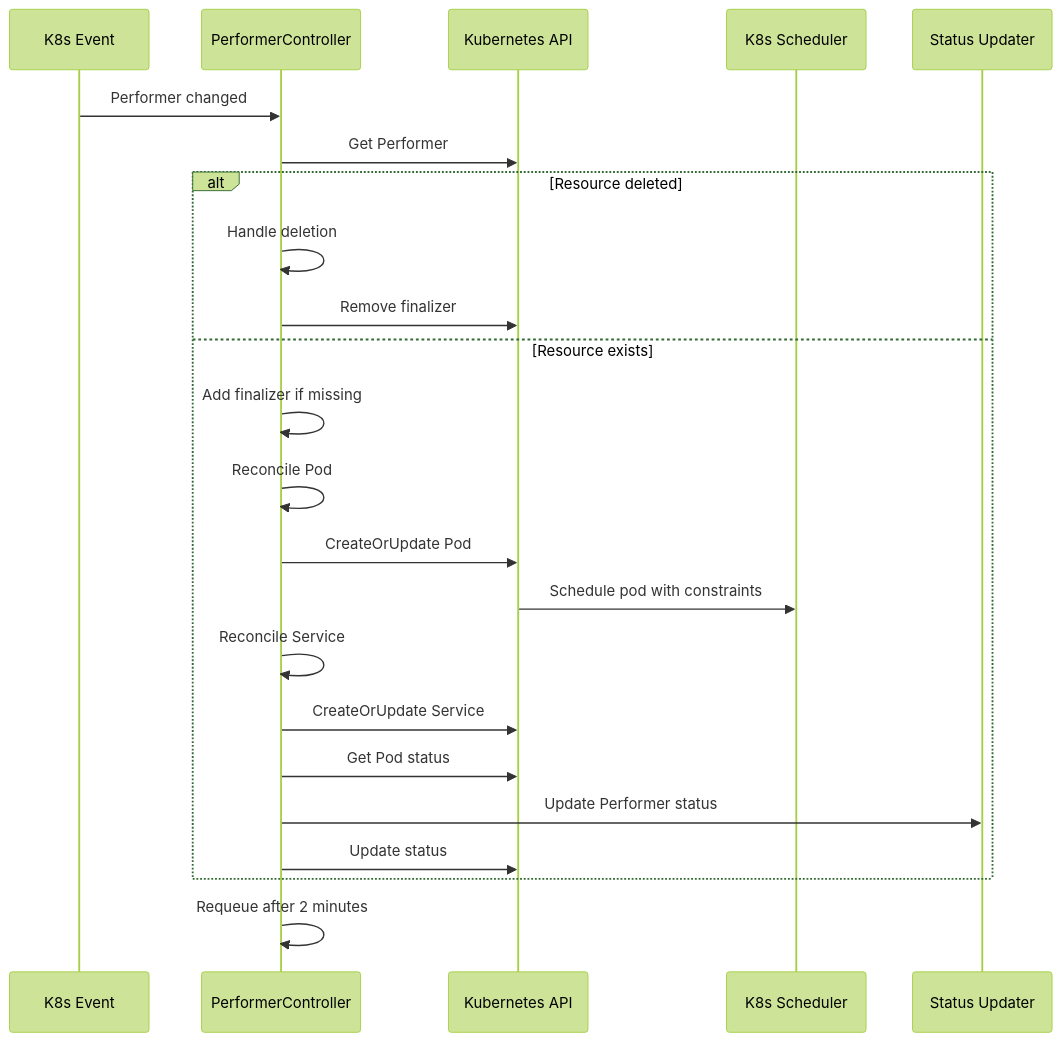
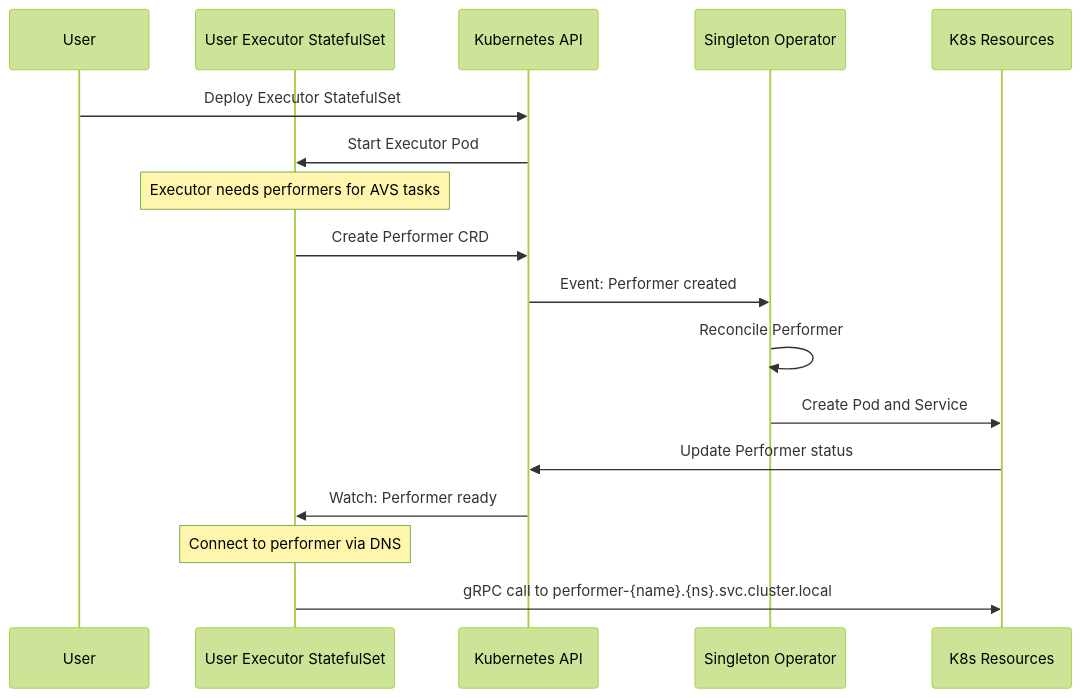
One commit to Layr-Labs/hourglass-monorepo changed the fourth of 4 diagrams in hourglass-operator/docs/operator/controller-architecture.md. Above: the diagram before and after it, drawn with Mermaid (forest theme). The commit also changed other lines of this file and 4 other files, not shown here.

Commit message:
refactored and updated architecture

````diff
--- a/hourglass-operator/docs/operator/controller-architecture.md
+++ b/hourglass-operator/docs/operator/controller-architecture.md
@@ -123,28 +376,24 @@
 ```mermaid
 sequenceDiagram
-    participant Event as K8s Event
-    participant Controller as PerformerController
+    participant User
+    participant Executor as User Executor StatefulSet
     participant K8s as Kubernetes API
-    participant Scheduler as K8s Scheduler
-    participant Status as Status Updater
+    participant Operator as Singleton Operator
+    participant Resources as K8s Resources
     
-    Event->>Controller: Performer changed
-    Controller->>K8s: Get Performer
+    User->>K8s: Deploy Executor StatefulSet
+    K8s->>Executor: Start Executor Pod
     
-    alt Resource deleted
-        Controller->>Controller: Handle deletion
-        Controller->>K8s: Remove finalizer
-    else Resource exists
-        Controller->>Controller: Add finalizer if missing
-        Controller->>Controller: Reconcile Pod
-        Controller->>K8s: CreateOrUpdate Pod
-        K8s->>Scheduler: Schedule pod with constraints
-        Controller->>Controller: Reconcile Service
-        Controller->>K8s: CreateOrUpdate Service
-        Controller->>K8s: Get Pod status
-        Controller->>Status: Update Performer status
-        Controller->>K8s: Update status
-    end
+    Note over Executor: Executor needs performers for AVS tasks
+    Executor->>K8s: Create Performer CRD
+    K8s->>Operator: Event: Performer created
     
-    Controller->>Controller: Requeue after 2 minutes
+    Operator->>Operator: Reconcile Performer
+    Operator->>Resources: Create Pod and Service
+    
+    Resources->>K8s: Update Performer status
+    K8s->>Executor: Watch: Performer ready
+    
+    Note over Executor: Connect to performer via DNS
+    Executor->>Resources: gRPC call to performer-{name}.{ns}.svc.cluster.local
 ```
````
